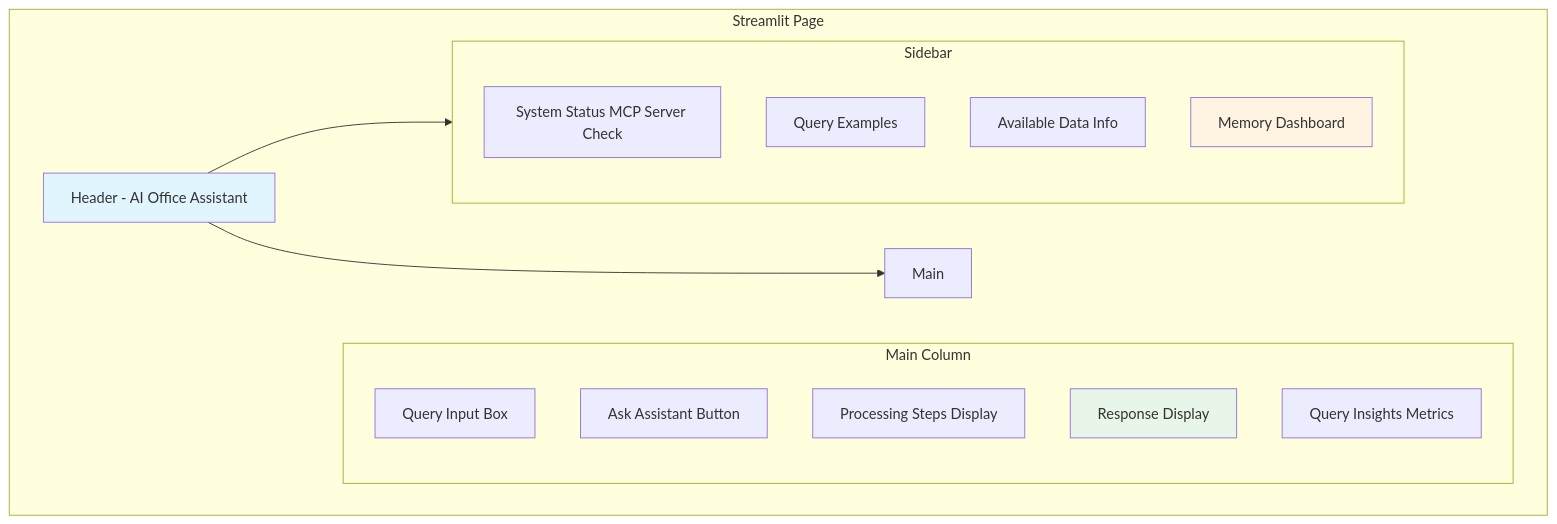
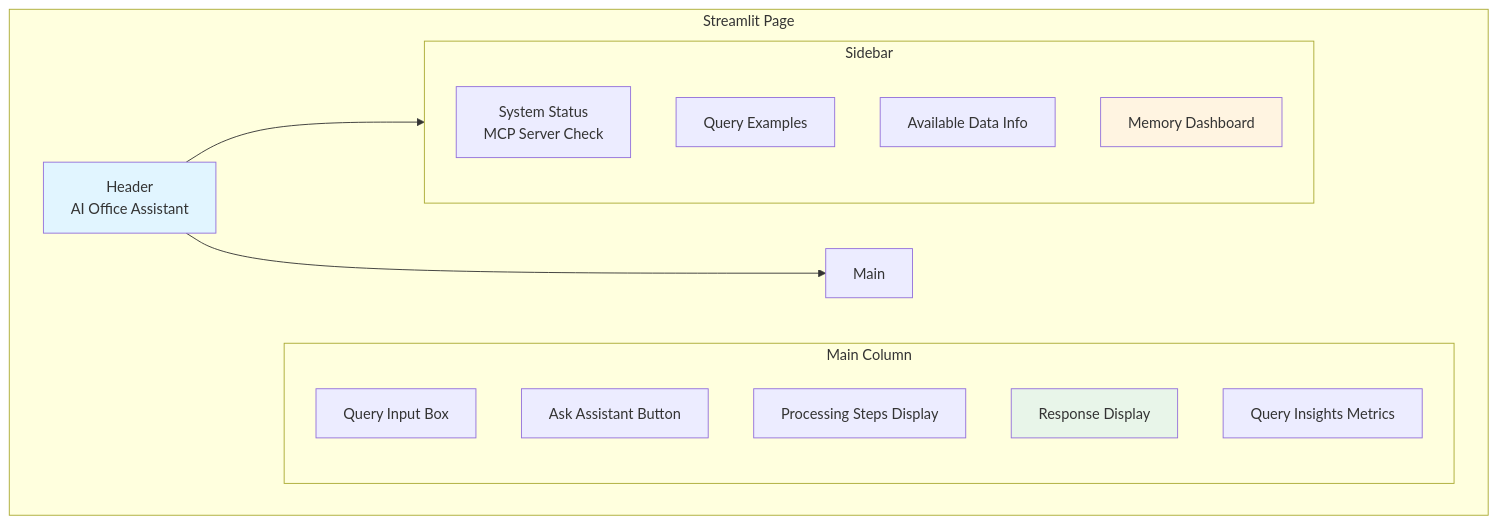
The seventh of 7 diagrams in docs/architecture-lab8.md (skillrepos/ai-3in1), drawn with Mermaid before and after one commit. The commit also changed other lines of this file, not shown here.

````diff
--- a/docs/architecture-lab8.md
+++ b/docs/architecture-lab8.md
@@ -312,28 +312,28 @@
 ```mermaid
 graph TB
     subgraph "Streamlit Page"
-        Header["Header - AI Office Assistant"]
+        Header["Header<br/>AI Office Assistant"]
 
         subgraph "Main Column"
-            Input[Query Input Box]
-            Button[Ask Assistant Button]
-            Progress[Processing Steps Display]
-            Result[Response Display]
-            Insights[Query Insights Metrics]
+            Input["Query Input Box"]
+            Button["Ask Assistant Button"]
+            Progress["Processing Steps Display"]
+            Result["Response Display"]
+            Insights["Query Insights Metrics"]
         end
 
         subgraph "Sidebar"
-            Status[System Status MCP Server Check]
-            Examples[Query Examples]
-            AvailData[Available Data Info]
-            MemDash[Memory Dashboard]
+            Status["System Status<br/>MCP Server Check"]
+            Examples["Query Examples"]
+            AvailData["Available Data Info"]
+            MemDash["Memory Dashboard"]
         end
 
         Header --> Main
         Header --> Sidebar
     end
 
     style Header fill:#e1f5ff
     style MemDash fill:#fff4e1
     style Result fill:#e8f5e9
 ```
````
